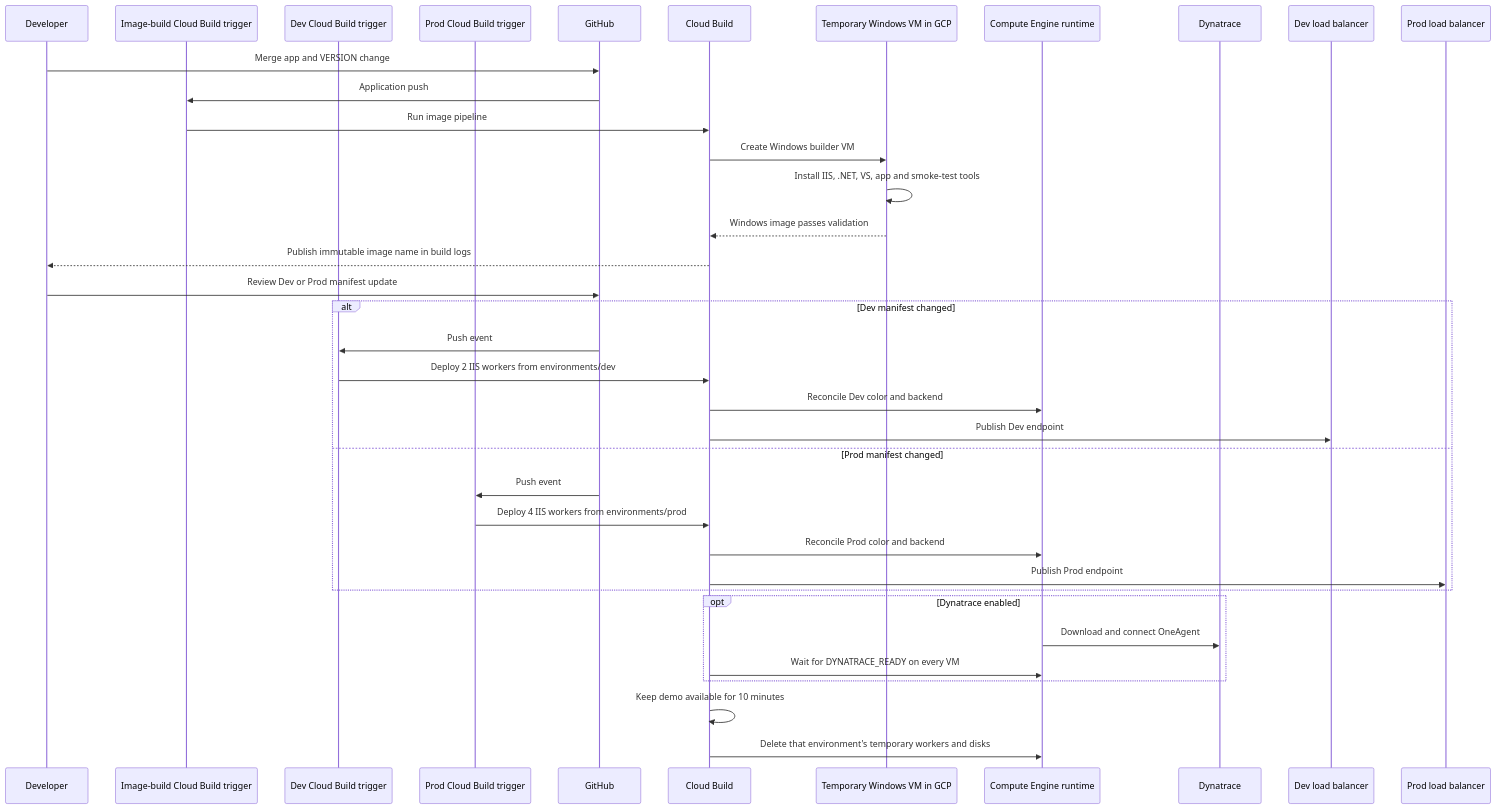
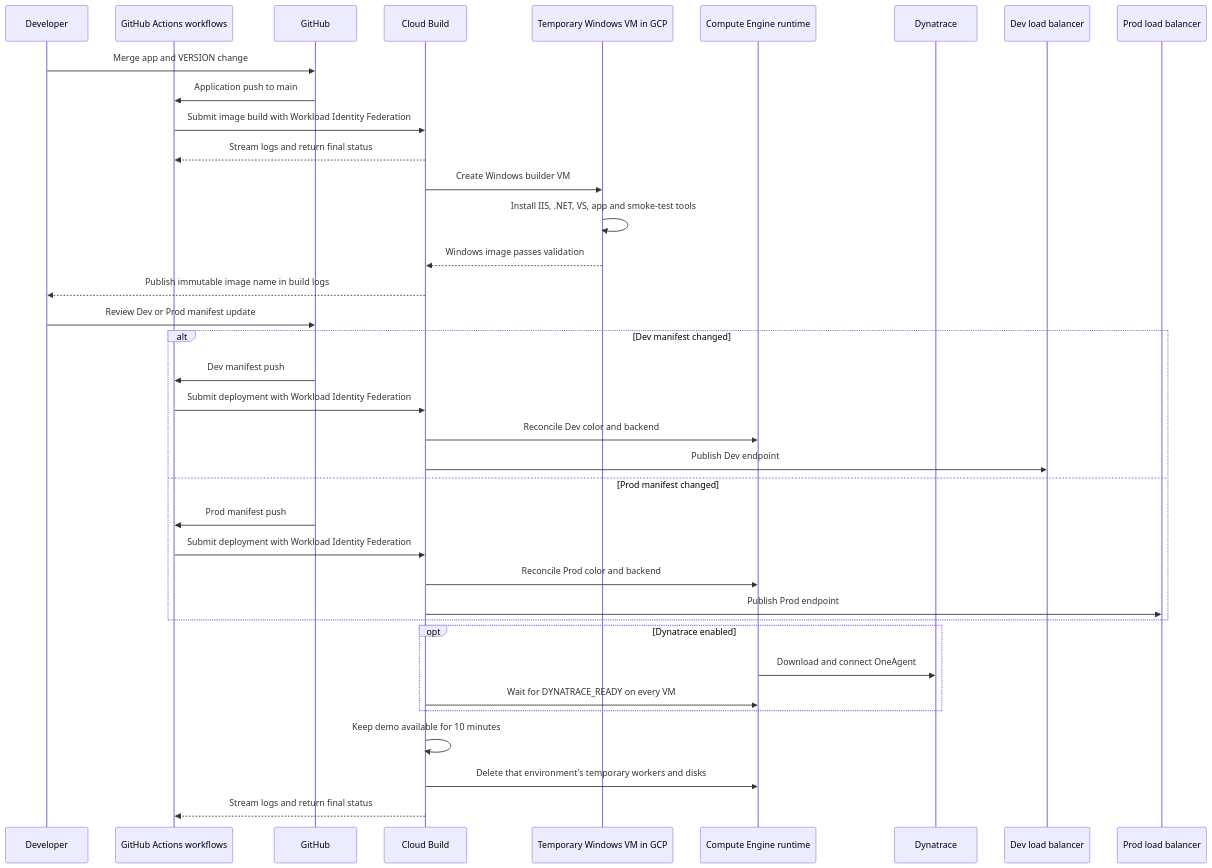
The diagram in docs/architecture.md (Deck-J/GCP_Windows_GitOps_Demo), drawn with Mermaid before and after one commit. The commit also changed other lines of this file and 26 other files, not shown here.

First line of the commit message:
Move build and deploy orchestration to GitHub Actions

````diff
--- a/docs/architecture.md
+++ b/docs/architecture.md
@@ -5,40 +5,40 @@
 ```mermaid
 sequenceDiagram
     participant Dev as Developer
-    participant ImageTrigger as Image-build Cloud Build trigger
-    participant DevTrigger as Dev Cloud Build trigger
-    participant ProdTrigger as Prod Cloud Build trigger
+    participant Actions as GitHub Actions workflows
     participant Git as GitHub
     participant Build as Cloud Build
     participant Win as Temporary Windows VM in GCP
     participant GCE as Compute Engine runtime
     participant DT as Dynatrace
     participant DevLB as Dev load balancer
     participant ProdLB as Prod load balancer
 
     Dev->>Git: Merge app and VERSION change
-    Git->>ImageTrigger: Application push
-    ImageTrigger->>Build: Run image pipeline
+    Git->>Actions: Application push to main
+    Actions->>Build: Submit image build with Workload Identity Federation
+    Build-->>Actions: Stream logs and return final status
     Build->>Win: Create Windows builder VM
     Win->>Win: Install IIS, .NET, VS, app and smoke-test tools
     Win-->>Build: Windows image passes validation
     Build-->>Dev: Publish immutable image name in build logs
     Dev->>Git: Review Dev or Prod manifest update
     alt Dev manifest changed
-        Git->>DevTrigger: Push event
-        DevTrigger->>Build: Deploy 2 IIS workers from environments/dev
+        Git->>Actions: Dev manifest push
+        Actions->>Build: Submit deployment with Workload Identity Federation
         Build->>GCE: Reconcile Dev color and backend
         Build->>DevLB: Publish Dev endpoint
     else Prod manifest changed
-        Git->>ProdTrigger: Push event
-        ProdTrigger->>Build: Deploy 4 IIS workers from environments/prod
+        Git->>Actions: Prod manifest push
+        Actions->>Build: Submit deployment with Workload Identity Federation
         Build->>GCE: Reconcile Prod color and backend
         Build->>ProdLB: Publish Prod endpoint
     end
     opt Dynatrace enabled
         GCE->>DT: Download and connect OneAgent
         Build->>GCE: Wait for DYNATRACE_READY on every VM
     end
     Build->>Build: Keep demo available for 10 minutes
     Build->>GCE: Delete that environment's temporary workers and disks
+    Build-->>Actions: Stream logs and return final status
 ```
````
